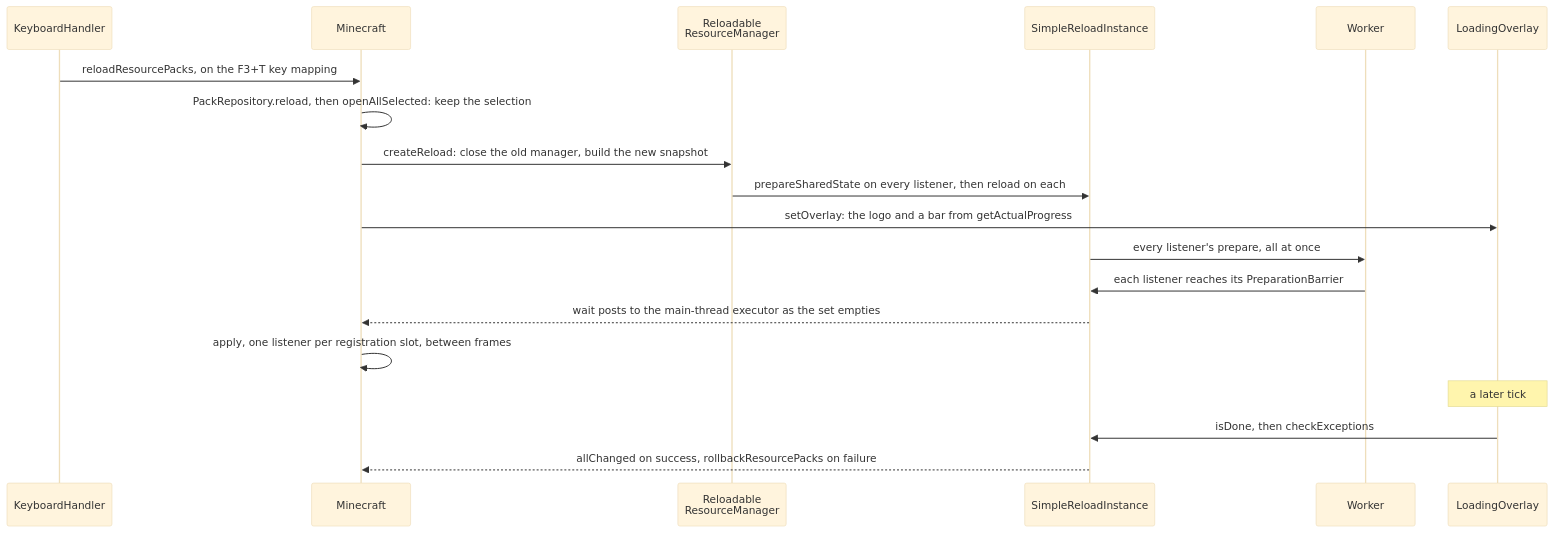
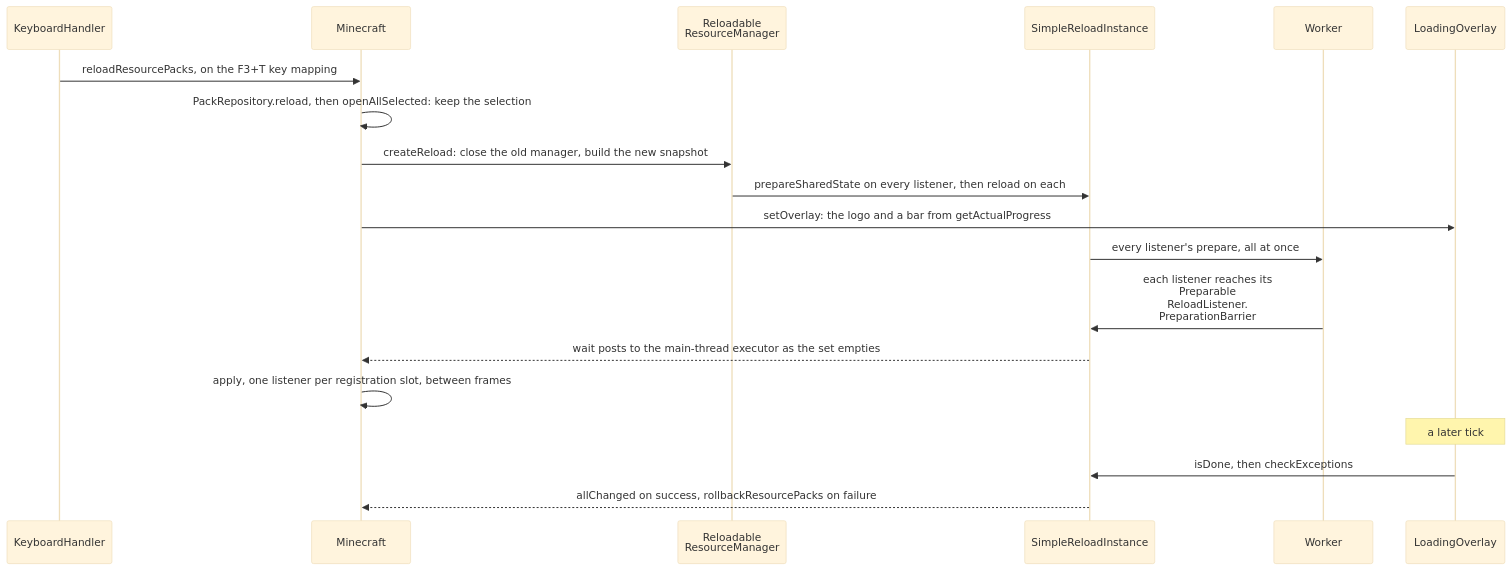
One commit to AlexanderjFraser/MinecraftDocs changed the third of 3 diagrams in src/systems/foundations/resource-system.md. Above: the diagram before and after it, drawn with Mermaid (base theme). The commit also changed other lines of this file and 55 other files, not shown here.

First line of the commit message:
pass 7, session O — the close, before K: the figure gate strict, the landing figures read as one set, and one strike in thirty not borne out

````diff
--- a/src/systems/foundations/resource-system.md
+++ b/src/systems/foundations/resource-system.md
@@ -320,22 +320,22 @@
 ```mermaid
 sequenceDiagram
     participant KH as KeyboardHandler
     participant MC as Minecraft
     participant RRM as Reloadable<br/>ResourceManager
     participant SRI as SimpleReloadInstance
     participant Worker as Worker
     participant LO as LoadingOverlay
 
     KH->>MC: reloadResourcePacks, on the F3+T key mapping
     MC->>MC: PackRepository.reload, then openAllSelected: keep the selection
     MC->>RRM: createReload: close the old manager, build the new snapshot
     RRM->>SRI: prepareSharedState on every listener, then reload on each
     MC->>LO: setOverlay: the logo and a bar from getActualProgress
     SRI->>Worker: every listener's prepare, all at once
-    Worker->>SRI: each listener reaches its PreparationBarrier
+    Worker->>SRI: each listener reaches its<br/>Preparable<br/>ReloadListener.<br/>PreparationBarrier
     SRI-->>MC: wait posts to the main-thread executor as the set empties
     MC->>MC: apply, one listener per registration slot, between frames
     Note over LO: a later tick
     LO->>SRI: isDone, then checkExceptions
     SRI-->>MC: allChanged on success, rollbackResourcePacks on failure
 ```
````
